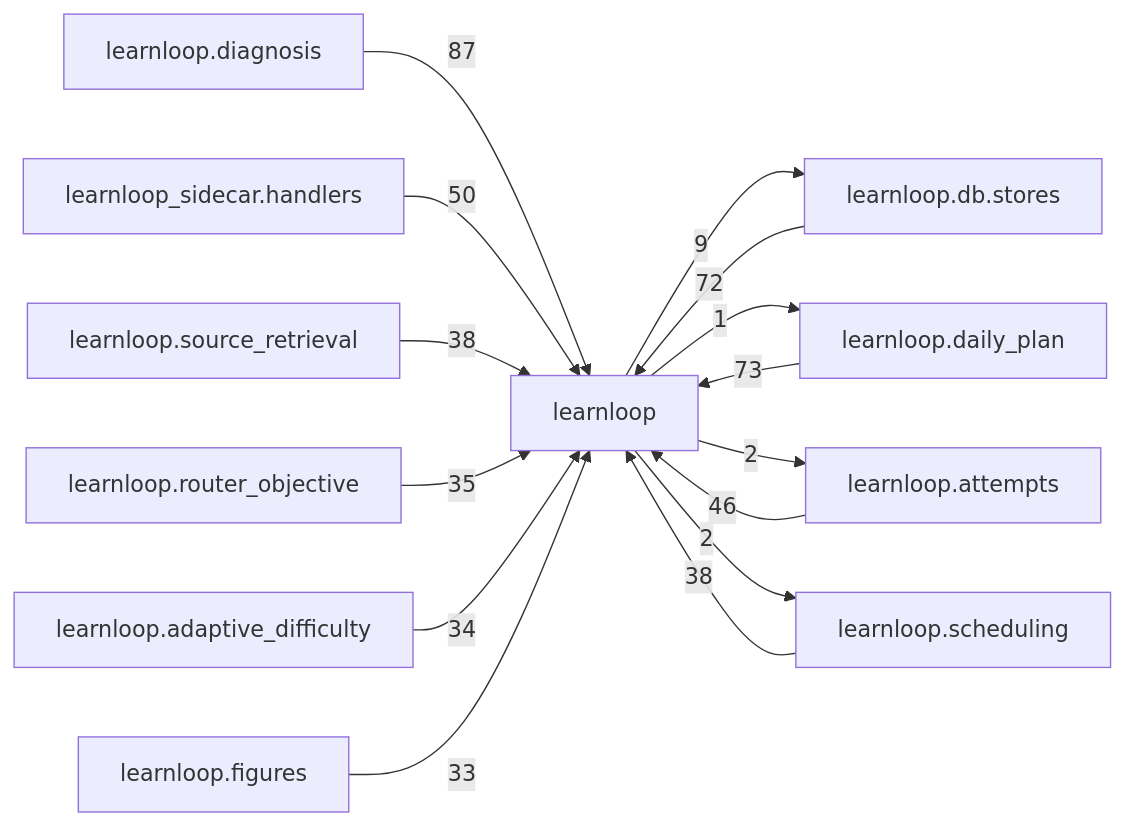
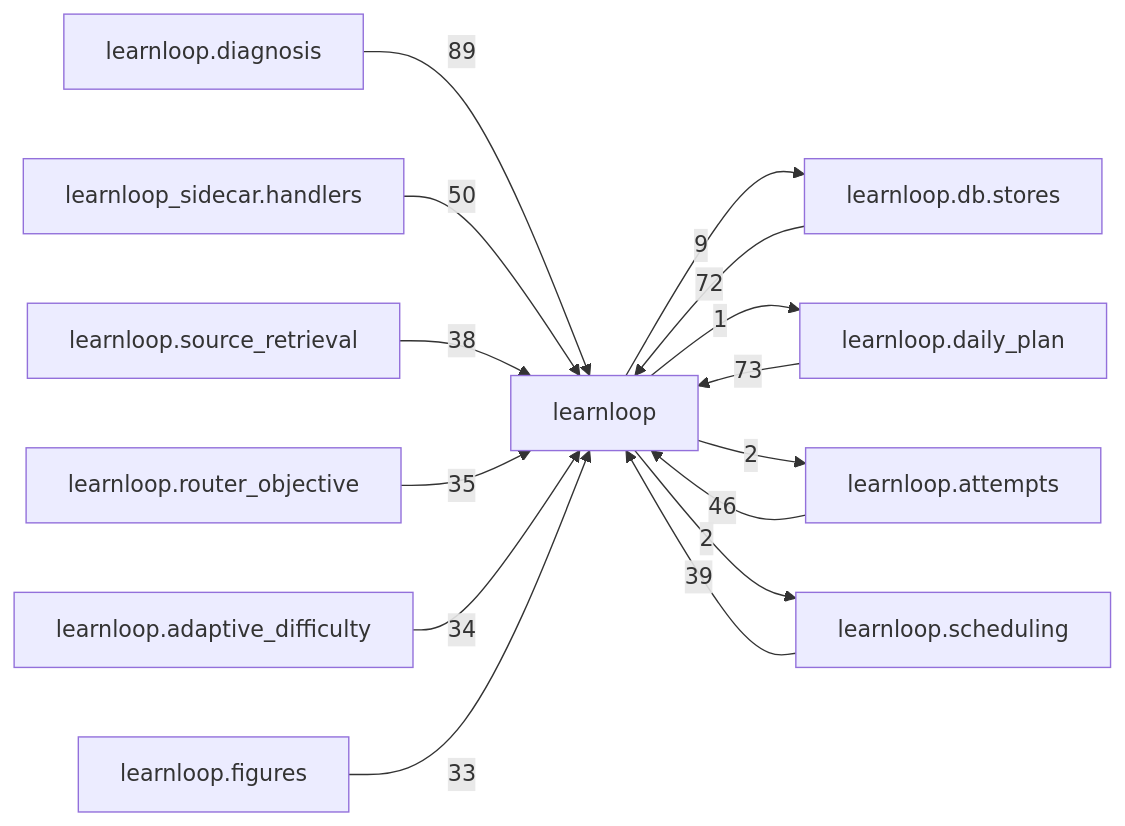
One commit to 6up-b/learnanything changed the diagram in docs/learnloop-architecture-vault/Reference/Modules/learnloop/_package.md. Above: the diagram before and after it, drawn with Mermaid. The commit also changed other lines of this file and 30 other files, not shown here.

````diff
--- a/docs/learnloop-architecture-vault/Reference/Modules/learnloop/_package.md
+++ b/docs/learnloop-architecture-vault/Reference/Modules/learnloop/_package.md
@@ -263,28 +263,28 @@
 ```mermaid
 flowchart LR
     center["learnloop"]
     n_learnloop_diagnosis["learnloop.diagnosis"]
     n_learnloop_db_stores["learnloop.db.stores"]
     n_learnloop_daily_plan["learnloop.daily_plan"]
     n_learnloop_sidecar_handlers["learnloop_sidecar.handlers"]
     n_learnloop_attempts["learnloop.attempts"]
     n_learnloop_scheduling["learnloop.scheduling"]
     n_learnloop_source_retrieval["learnloop.source_retrieval"]
     n_learnloop_router_objective["learnloop.router_objective"]
     n_learnloop_adaptive_difficulty["learnloop.adaptive_difficulty"]
     n_learnloop_figures["learnloop.figures"]
-    n_learnloop_diagnosis -->|87| center
+    n_learnloop_diagnosis -->|89| center
     n_learnloop_db_stores -->|72| center
     center -->|9| n_learnloop_db_stores
     n_learnloop_daily_plan -->|73| center
     center -->|1| n_learnloop_daily_plan
     n_learnloop_sidecar_handlers -->|50| center
     n_learnloop_attempts -->|46| center
     center -->|2| n_learnloop_attempts
-    n_learnloop_scheduling -->|38| center
+    n_learnloop_scheduling -->|39| center
     center -->|2| n_learnloop_scheduling
     n_learnloop_source_retrieval -->|38| center
     n_learnloop_router_objective -->|35| center
     n_learnloop_adaptive_difficulty -->|34| center
     n_learnloop_figures -->|33| center
 ```
````
